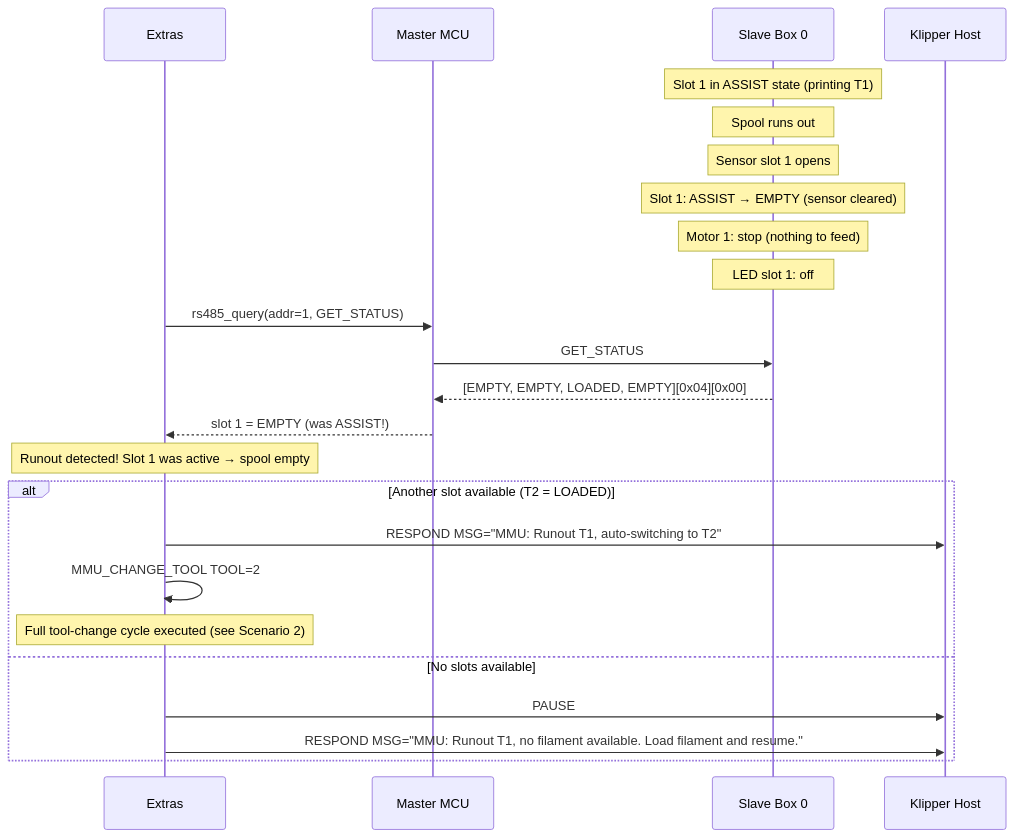
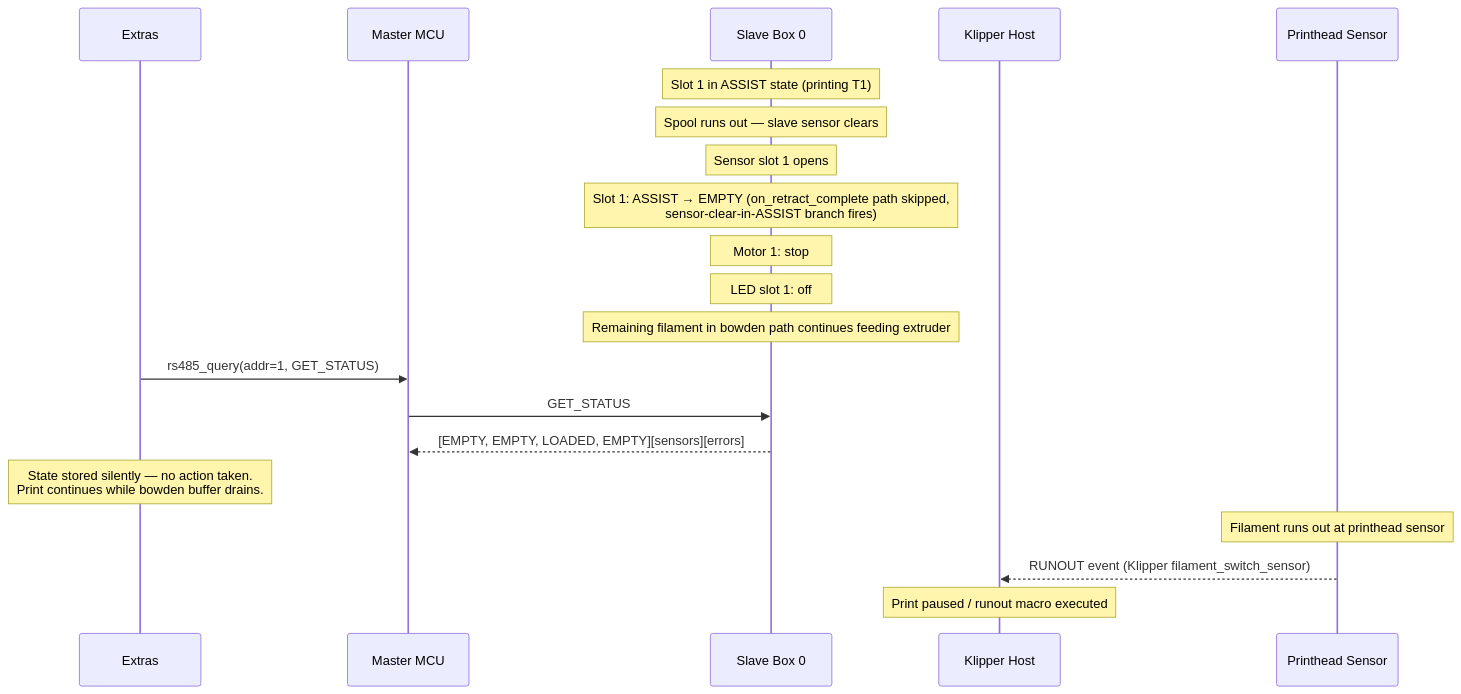
One commit to kastielspb/osamu changed the fifth of 14 diagrams in docs/firmware-spec.md. Above: the diagram before and after it, drawn with Mermaid. The commit also changed other lines of this file and 2 other files, not shown here.

````diff
--- a/docs/firmware-spec.md
+++ b/docs/firmware-spec.md
@@ -227,31 +229,26 @@
 ```mermaid
 sequenceDiagram
     participant E as Extras
     participant M as Master MCU
     participant S as Slave Box 0
     participant K as Klipper Host
+    participant PH as Printhead Sensor
 
     Note over S: Slot 1 in ASSIST state (printing T1)
-    Note over S: Spool runs out
+    Note over S: Spool runs out — slave sensor clears
 
     Note over S: Sensor slot 1 opens
-    Note over S: Slot 1: ASSIST → EMPTY (sensor cleared)
-    Note over S: Motor 1: stop (nothing to feed)
+    Note over S: Slot 1: ASSIST → EMPTY (on_retract_complete path skipped,<br/>sensor-clear-in-ASSIST branch fires)
+    Note over S: Motor 1: stop
     Note over S: LED slot 1: off
+    Note over S: Remaining filament in bowden path continues feeding extruder
 
     E->>M: rs485_query(addr=1, GET_STATUS)
     M->>S: GET_STATUS
-    S-->>M: [EMPTY, EMPTY, LOADED, EMPTY][0x04][0x00]
-    M-->>E: slot 1 = EMPTY (was ASSIST!)
+    S-->>M: [EMPTY, EMPTY, LOADED, EMPTY][sensors][errors]
+    Note over E: State stored silently — no action taken.<br/>Print continues while bowden buffer drains.
 
-    Note over E: Runout detected! Slot 1 was active → spool empty
-
-    alt Another slot available (T2 = LOADED)
-        E->>K: RESPOND MSG="MMU: Runout T1, auto-switching to T2"
-        E->>E: MMU_CHANGE_TOOL TOOL=2
-        Note over E: Full tool-change cycle executed (see Scenario 2)
-    else No slots available
-        E->>K: PAUSE
-        E->>K: RESPOND MSG="MMU: Runout T1, no filament available. Load filament and resume."
-    end
+    Note over PH: Filament runs out at printhead sensor
+    PH-->>K: RUNOUT event (Klipper filament_switch_sensor)
+    Note over K: Print paused / runout macro executed
 ```
````
